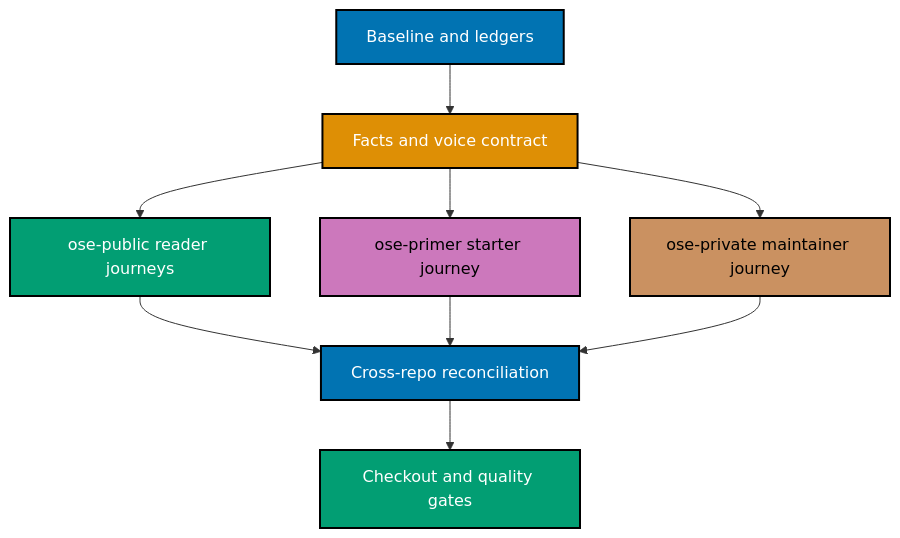
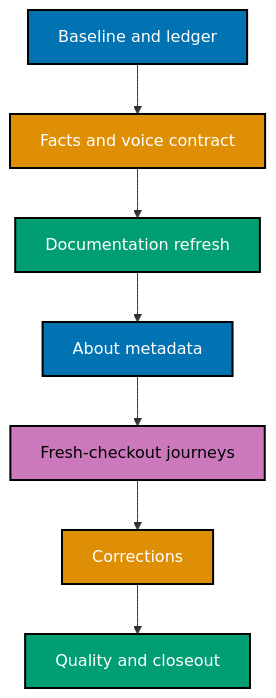
The diagram in plans/in-progress/repository-onboarding-readme-refresh/README.md (wahidyankf/open-sharia-fintech), drawn with Mermaid before and after one commit. The commit also changed other lines of this file and 12 other files, not shown here.

First line of the commit message:
docs(plans): rescope onboarding refresh to ose-public and reset delivery

````diff
--- a/plans/in-progress/repository-onboarding-readme-refresh/README.md
+++ b/plans/in-progress/repository-onboarding-readme-refresh/README.md
@@ -93,18 +86,16 @@
 ```mermaid
-%% Color palette: Blue #0173B2, Orange #DE8F05, Teal #029E73, Purple #CC78BC, Brown #CA9161
+%% Color palette: Blue #0173B2, Orange #DE8F05, Teal #029E73, Purple #CC78BC
+%% TD required: this chain is 7 nodes deep, and LR measures depth against MaxWidth=4
 flowchart TD
-  B["Baseline and ledgers"]:::blue --> C["Facts and voice contract"]:::orange
-  C --> P["ose-public reader journeys"]:::teal
-  C --> R["ose-primer starter journey"]:::purple
-  C --> V["ose-private maintainer journey"]:::brown
-  P --> X["Cross-repo reconciliation"]:::blue
-  R --> X
-  V --> X
-  X --> Q["Checkout and quality gates"]:::teal
+  B["Baseline and ledger"]:::blue --> C["Facts and voice contract"]:::orange
+  C --> P["Documentation refresh"]:::teal
+  P --> M["About metadata"]:::blue
+  M --> W["Fresh-checkout journeys"]:::purple
+  W --> F["Corrections"]:::orange
+  F --> Q["Quality and closeout"]:::teal
 
   classDef blue fill:#0173B2,stroke:#000000,color:#FFFFFF,stroke-width:2px
   classDef orange fill:#DE8F05,stroke:#000000,color:#FFFFFF,stroke-width:2px
   classDef teal fill:#029E73,stroke:#000000,color:#FFFFFF,stroke-width:2px
   classDef purple fill:#CC78BC,stroke:#000000,color:#000000,stroke-width:2px
-  classDef brown fill:#CA9161,stroke:#000000,color:#000000,stroke-width:2px
 ```
````
